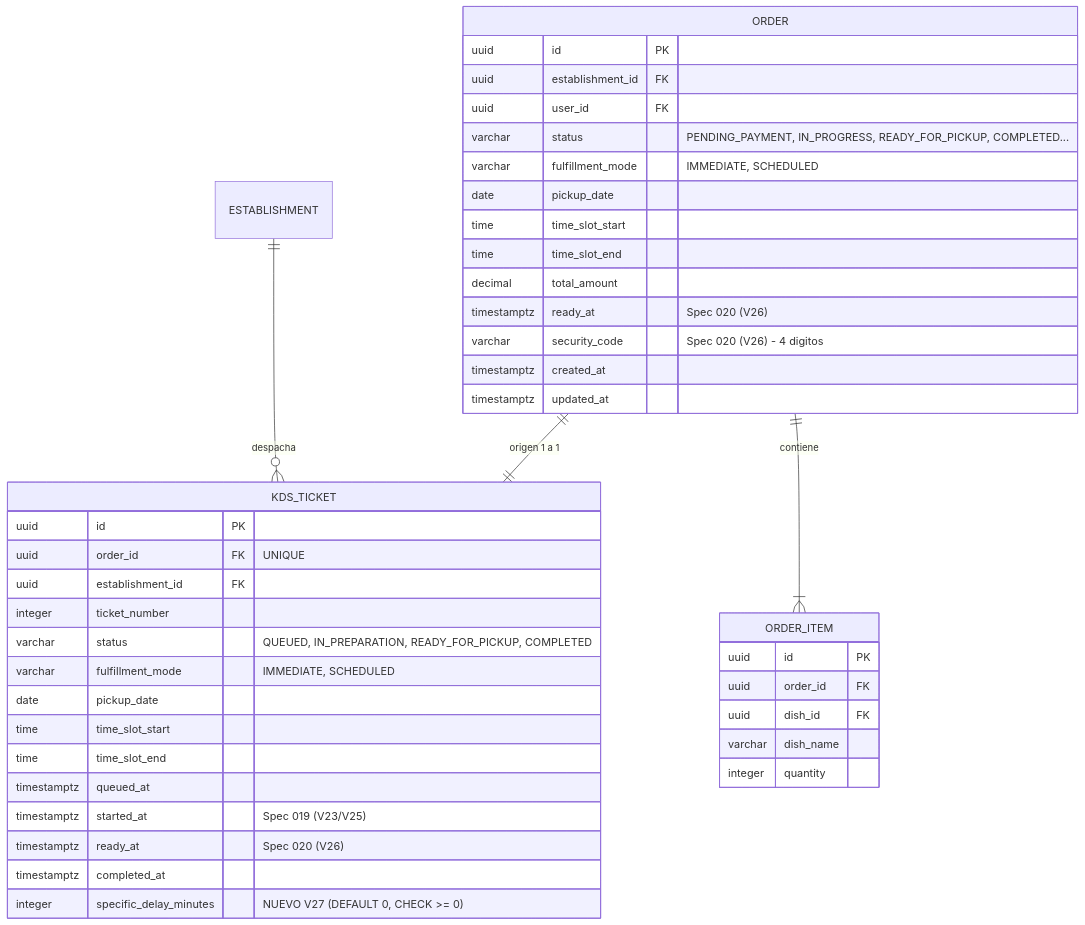
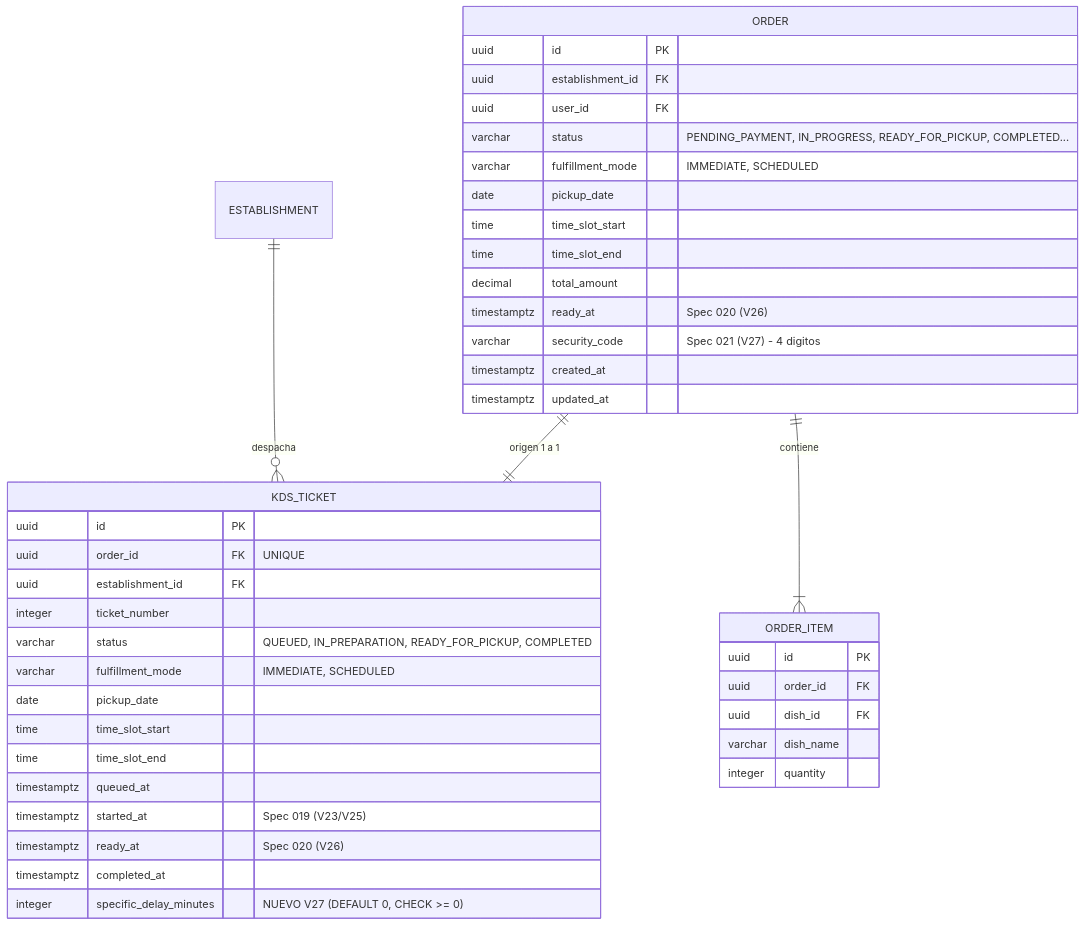
The first of 2 diagrams in specs/021-live-tracking-delay-adjustment/data-model.md (ValentinoCarmonaS/G12---GDSI), drawn with Mermaid before and after one commit. The commit also changed other lines of this file and 2 other files, not shown here.

Commit message:
docs(spec-021): align artifacts with analysis findings and grill-me agreements

````diff
--- a/specs/021-live-tracking-delay-adjustment/data-model.md
+++ b/specs/021-live-tracking-delay-adjustment/data-model.md
@@ -14,47 +14,47 @@
 ```mermaid
 erDiagram
     ESTABLISHMENT ||--o{ KDS_TICKET : "despacha"
     ORDER ||--|| KDS_TICKET : "origen 1 a 1"
     ORDER ||--|{ ORDER_ITEM : "contiene"
 
     ORDER {
         uuid id PK
         uuid establishment_id FK
         uuid user_id FK
         varchar status "PENDING_PAYMENT, IN_PROGRESS, READY_FOR_PICKUP, COMPLETED..."
         varchar fulfillment_mode "IMMEDIATE, SCHEDULED"
         date pickup_date
         time time_slot_start
         time time_slot_end
         decimal total_amount
         timestamptz ready_at "Spec 020 (V26)"
-        varchar security_code "Spec 020 (V26) - 4 digitos"
+        varchar security_code "Spec 021 (V27) - 4 digitos"
         timestamptz created_at
         timestamptz updated_at
     }
 
     KDS_TICKET {
         uuid id PK
         uuid order_id FK "UNIQUE"
         uuid establishment_id FK
         integer ticket_number
         varchar status "QUEUED, IN_PREPARATION, READY_FOR_PICKUP, COMPLETED"
         varchar fulfillment_mode "IMMEDIATE, SCHEDULED"
         date pickup_date
         time time_slot_start
         time time_slot_end
         timestamptz queued_at
         timestamptz started_at "Spec 019 (V23/V25)"
         timestamptz ready_at "Spec 020 (V26)"
         timestamptz completed_at
         integer specific_delay_minutes "NUEVO V27 (DEFAULT 0, CHECK >= 0)"
     }
 
     ORDER_ITEM {
         uuid id PK
         uuid order_id FK
         uuid dish_id FK
         varchar dish_name
         integer quantity
     }
 ```
````
